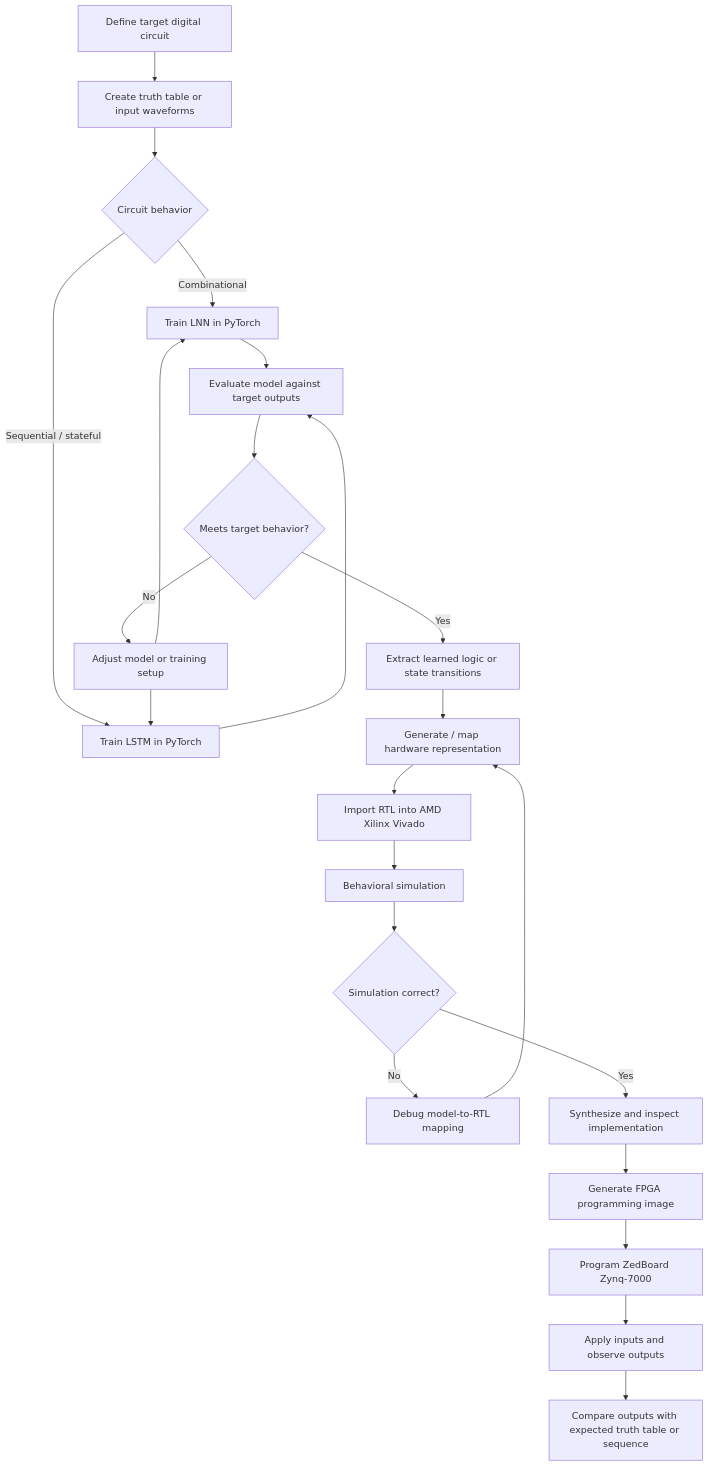
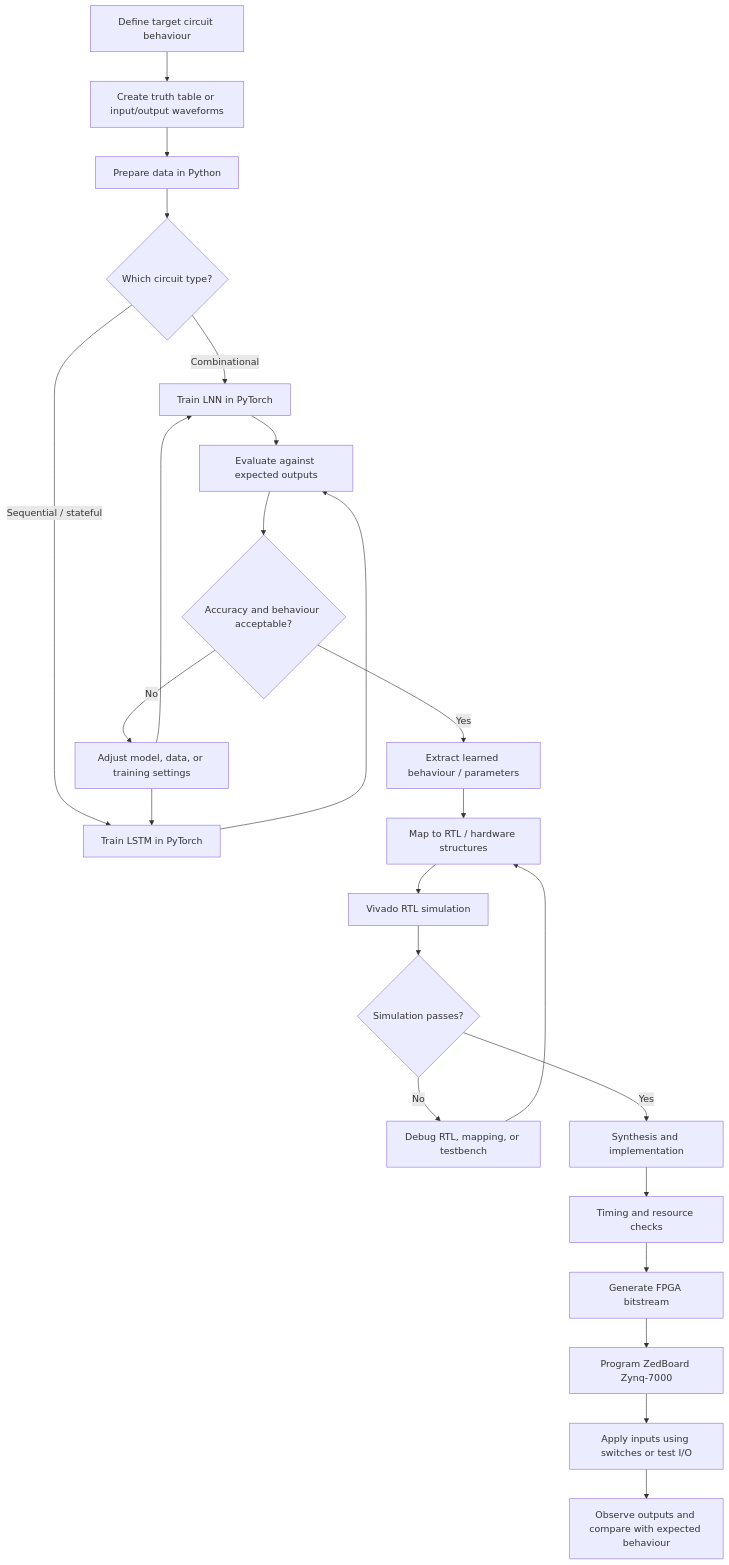
One commit to jahnavichopparapu77-bot/fpga-neural-logic-synthesis changed the first of 7 diagrams in README.md. Above: the diagram before and after it, drawn with Mermaid. The commit also changed other lines of this file, not shown here.

````diff
--- a/README.md
+++ b/README.md
@@ -134,25 +172,26 @@
 ```mermaid
 flowchart TD
-    A[Define target digital circuit] --> B[Create truth table or input waveforms]
-    B --> C{Circuit behavior}
-    C -->|Combinational| D[Train LNN in PyTorch]
-    C -->|Sequential / stateful| E[Train LSTM in PyTorch]
-    D --> F[Evaluate model against target outputs]
-    E --> F
-    F --> G{Meets target behavior?}
-    G -->|No| H[Adjust model or training setup]
-    H --> D
-    H --> E
-    G -->|Yes| I[Extract learned logic or state transitions]
-    I --> J[Generate / map hardware representation]
-    J --> K[Import RTL into AMD Xilinx Vivado]
-    K --> L[Behavioral simulation]
-    L --> M{Simulation correct?}
-    M -->|No| N[Debug model-to-RTL mapping]
-    N --> J
-    M -->|Yes| O[Synthesize and inspect implementation]
-    O --> P[Generate FPGA programming image]
-    P --> Q[Program ZedBoard Zynq-7000]
-    Q --> R[Apply inputs and observe outputs]
-    R --> S[Compare outputs with expected truth table or sequence]
+    A["Define target circuit behaviour"] --> B["Create truth table or input/output waveforms"]
+    B --> C["Prepare data in Python"]
+    C --> D{"Which circuit type?"}
+    D -->|"Combinational"| E["Train LNN in PyTorch"]
+    D -->|"Sequential / stateful"| F["Train LSTM in PyTorch"]
+    E --> G["Evaluate against expected outputs"]
+    F --> G
+    G --> H{"Accuracy and behaviour acceptable?"}
+    H -->|"No"| I["Adjust model, data, or training settings"]
+    I --> E
+    I --> F
+    H -->|"Yes"| J["Extract learned behaviour / parameters"]
+    J --> K["Map to RTL / hardware structures"]
+    K --> L["Vivado RTL simulation"]
+    L --> M{"Simulation passes?"}
+    M -->|"No"| N["Debug RTL, mapping, or testbench"]
+    N --> K
+    M -->|"Yes"| O["Synthesis and implementation"]
+    O --> P["Timing and resource checks"]
+    P --> Q["Generate FPGA bitstream"]
+    Q --> R["Program ZedBoard Zynq-7000"]
+    R --> S["Apply inputs using switches or test I/O"]
+    S --> T["Observe outputs and compare with expected behaviour"]
 ```
````
